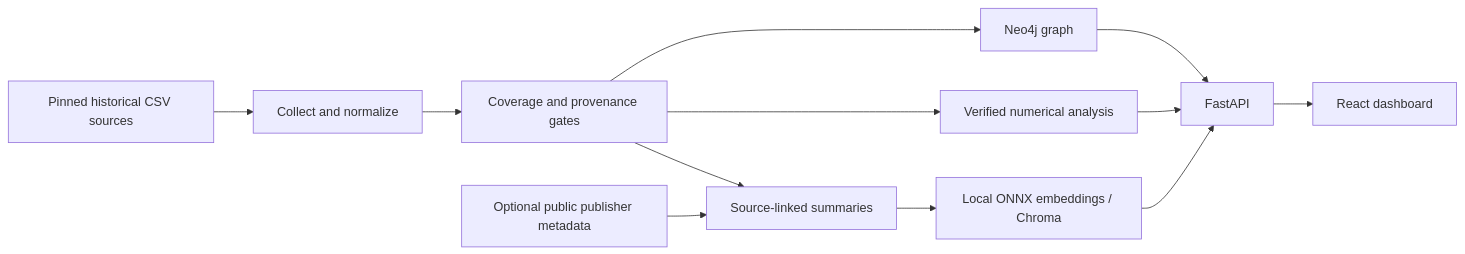
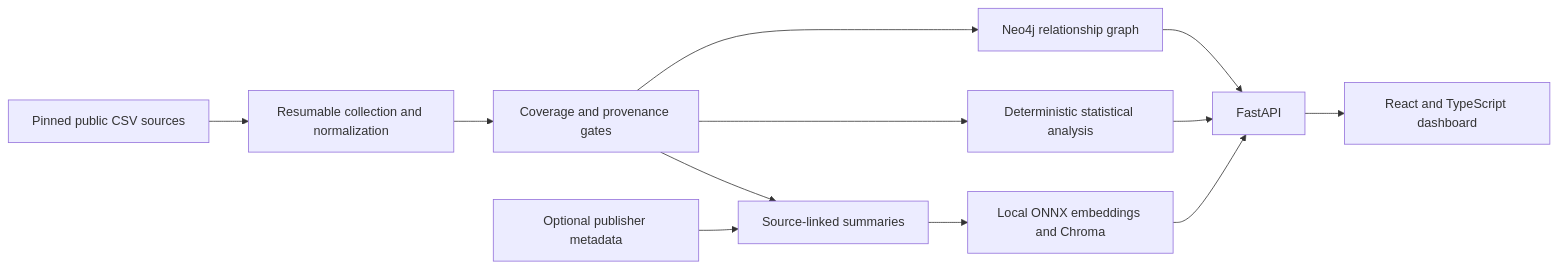
One commit to jengaWiz/pl-knowledge-engine changed the diagram in README.md. Above: the diagram before and after it, drawn with Mermaid. The commit also changed other lines of this file, not shown here.

Commit message:
docs: present the completed MVP with verified coverage and quick start

````diff
--- a/README.md
+++ b/README.md
@@ -58,14 +89,14 @@
 ```mermaid
 flowchart LR
-    A[Pinned historical CSV sources] --> B[Collect and normalize]
+    A[Pinned public CSV sources] --> B[Resumable collection and normalization]
     B --> C[Coverage and provenance gates]
-    C --> D[Neo4j graph]
-    C --> E[Verified numerical analysis]
+    C --> D[Neo4j relationship graph]
+    C --> E[Deterministic statistical analysis]
     C --> F[Source-linked summaries]
-    G[Optional public publisher metadata] --> F
-    F --> H[Local ONNX embeddings / Chroma]
+    G[Optional publisher metadata] --> F
+    F --> H[Local ONNX embeddings and Chroma]
     D --> I[FastAPI]
     E --> I
     H --> I
-    I --> J[React dashboard]
+    I --> J[React and TypeScript dashboard]
 ```
````
